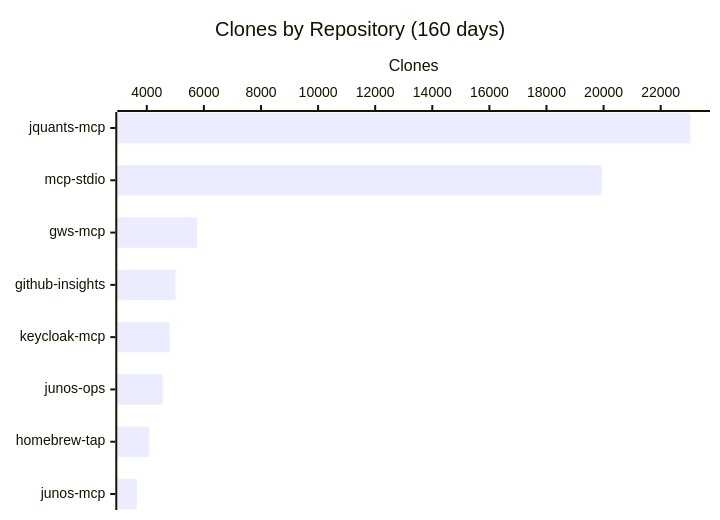
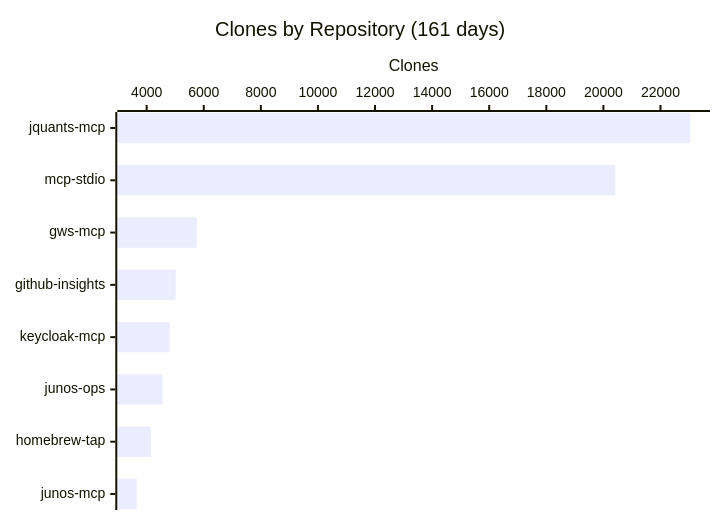
The fourth of 4 diagrams in README.md (shigechika/github-insights), drawn with Mermaid before and after one commit. The commit also changed other lines of this file and 2 other files, not shown here.

````diff
--- a/README.md
+++ b/README.md
@@ -58,7 +58,7 @@
 ```mermaid
 xychart-beta horizontal
-    title "Clones by Repository (160 days)"
+    title "Clones by Repository (161 days)"
     x-axis ["jquants-mcp", "mcp-stdio", "gws-mcp", "github-insights", "keycloak-mcp", "junos-ops", "homebrew-tap", "junos-mcp"]
     y-axis "Clones"
-    bar [23042, 19934, 5756, 5006, 4804, 4556, 4088, 3652]
+    bar [23049, 20415, 5760, 5015, 4806, 4557, 4150, 3656]
 ```
````
